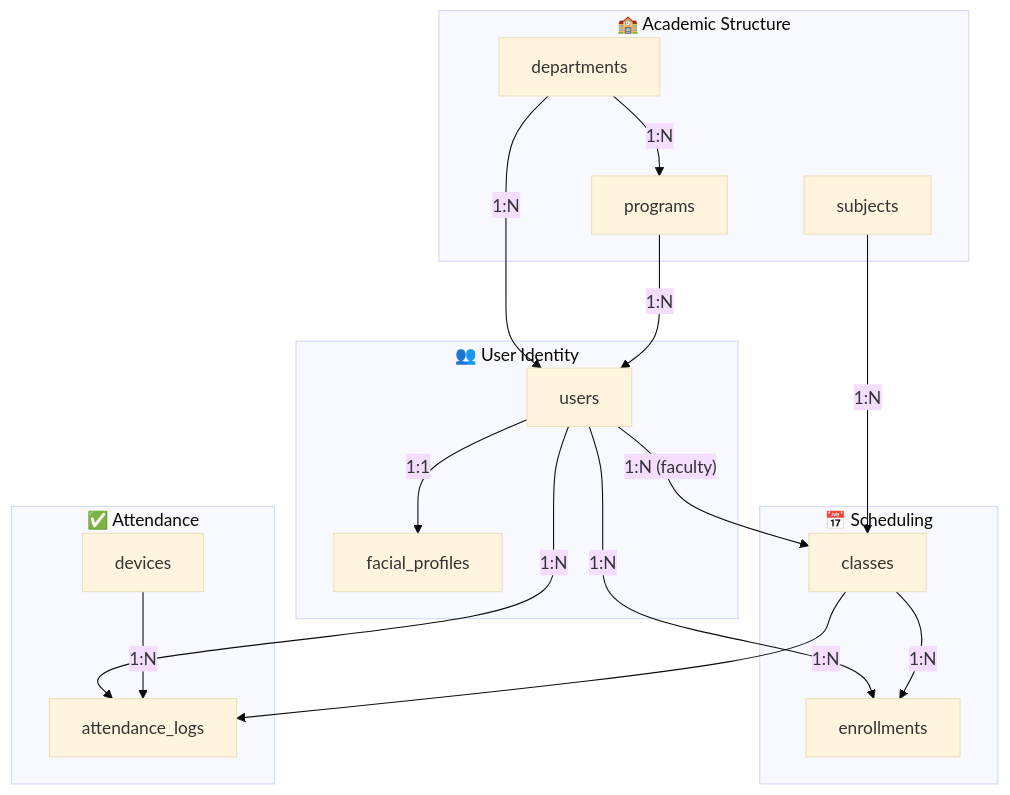
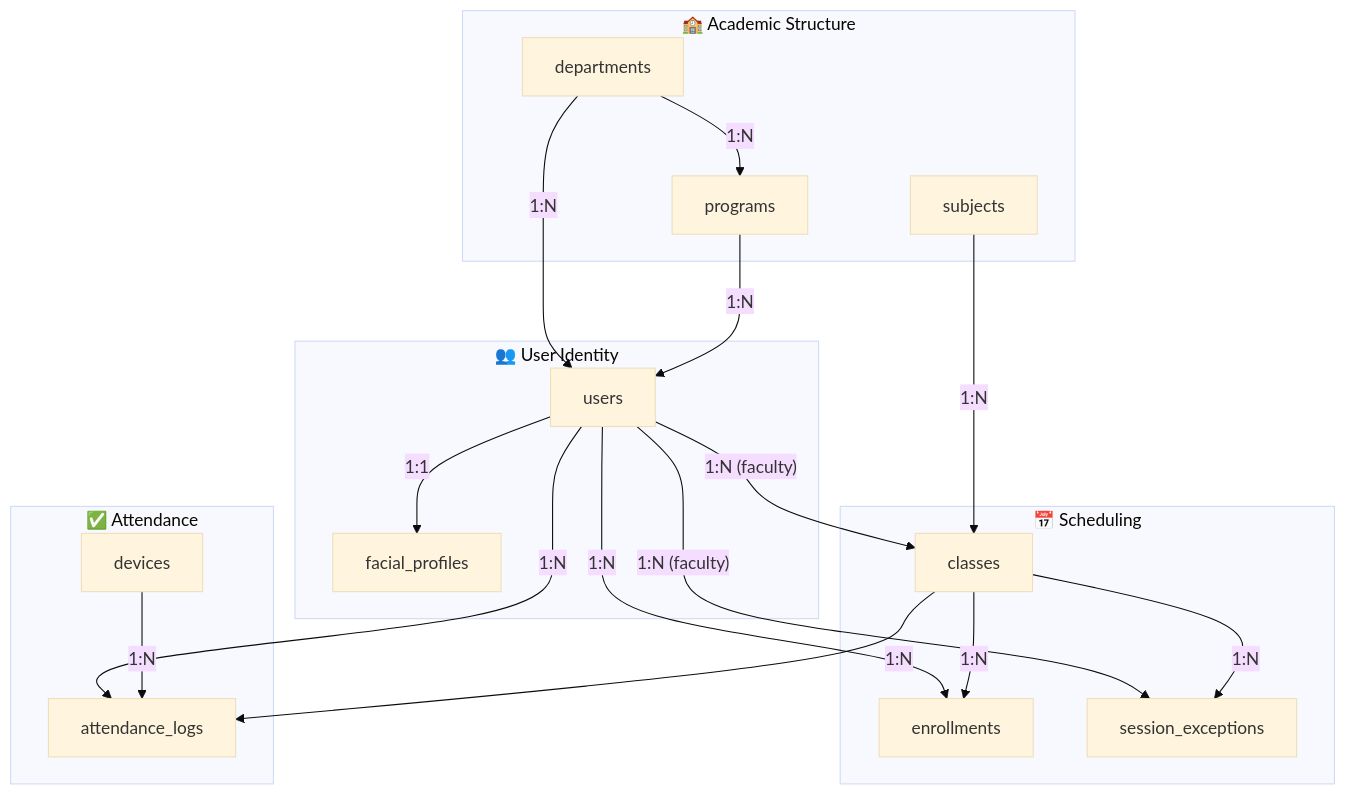
One commit to EannMon/FRAMESCAPSTONE changed the sixth of 7 diagrams in documentation/database/database_analysis.md. Above: the diagram before and after it, drawn with Mermaid (base theme). The commit also changed other lines of this file, not shown here.

Commit message:
docs: Update database_analysis.md with session_exceptions relationships

````diff
--- a/documentation/database/database_analysis.md
+++ b/documentation/database/database_analysis.md
@@ -353,38 +356,41 @@
 ```mermaid
 flowchart TB
     subgraph ACADEMIC["🏫 Academic Structure"]
         DEP[departments]
         PRG[programs]
         SUB[subjects]
     end
     
     subgraph USERS["👥 User Identity"]
         USR[users]
         FP[facial_profiles]
     end
     
     subgraph SCHEDULE["📅 Scheduling"]
         CLS[classes]
         ENR[enrollments]
+        EXC[session_exceptions]
     end
     
     subgraph ATTENDANCE["✅ Attendance"]
         DEV[devices]
         ATT[attendance_logs]
     end
     
     DEP -->|"1:N"| PRG
     DEP -->|"1:N"| USR
     PRG -->|"1:N"| USR
     
     USR -->|"1:1"| FP
     USR -->|"1:N"| ENR
     USR -->|"1:N (faculty)"| CLS
     USR -->|"1:N"| ATT
+    USR -->|"1:N (faculty)"| EXC
     
     SUB -->|"1:N"| CLS
     CLS -->|"1:N"| ENR
     CLS -->|"1:N"| ATT
+    CLS -->|"1:N"| EXC
     
     DEV -->|"1:N"| ATT
 ```
````
